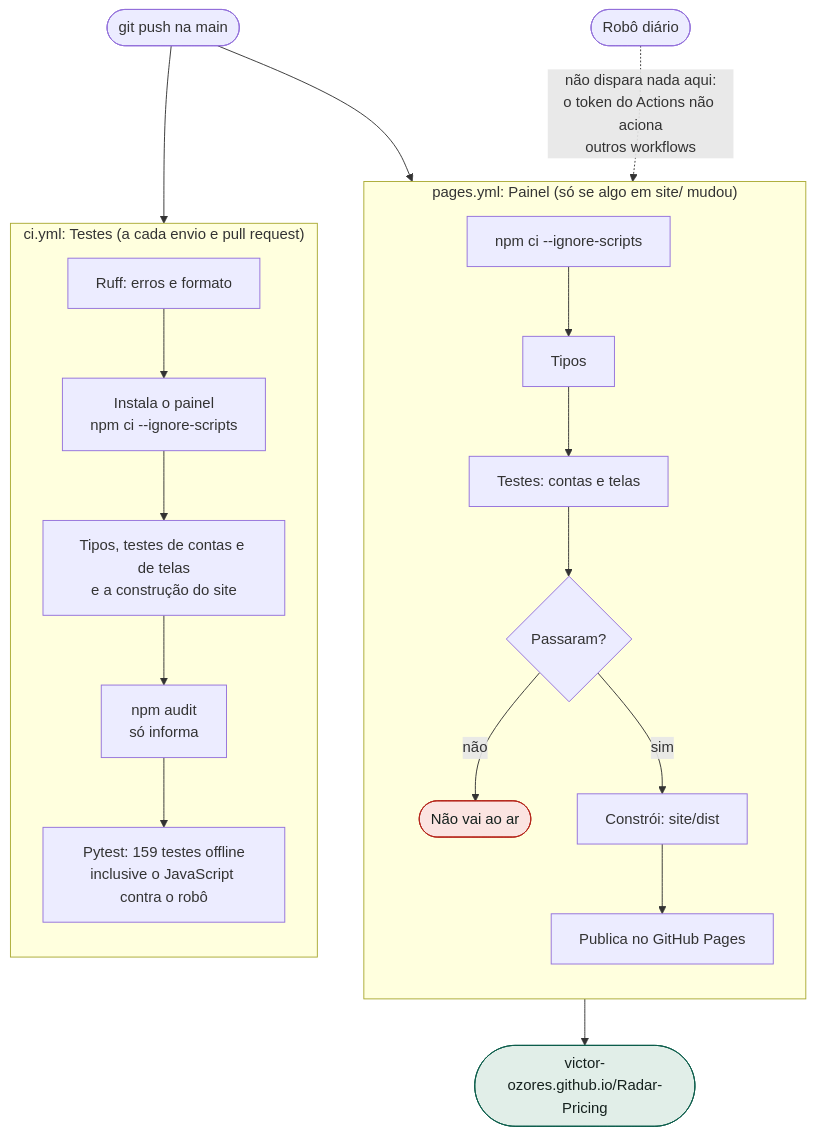
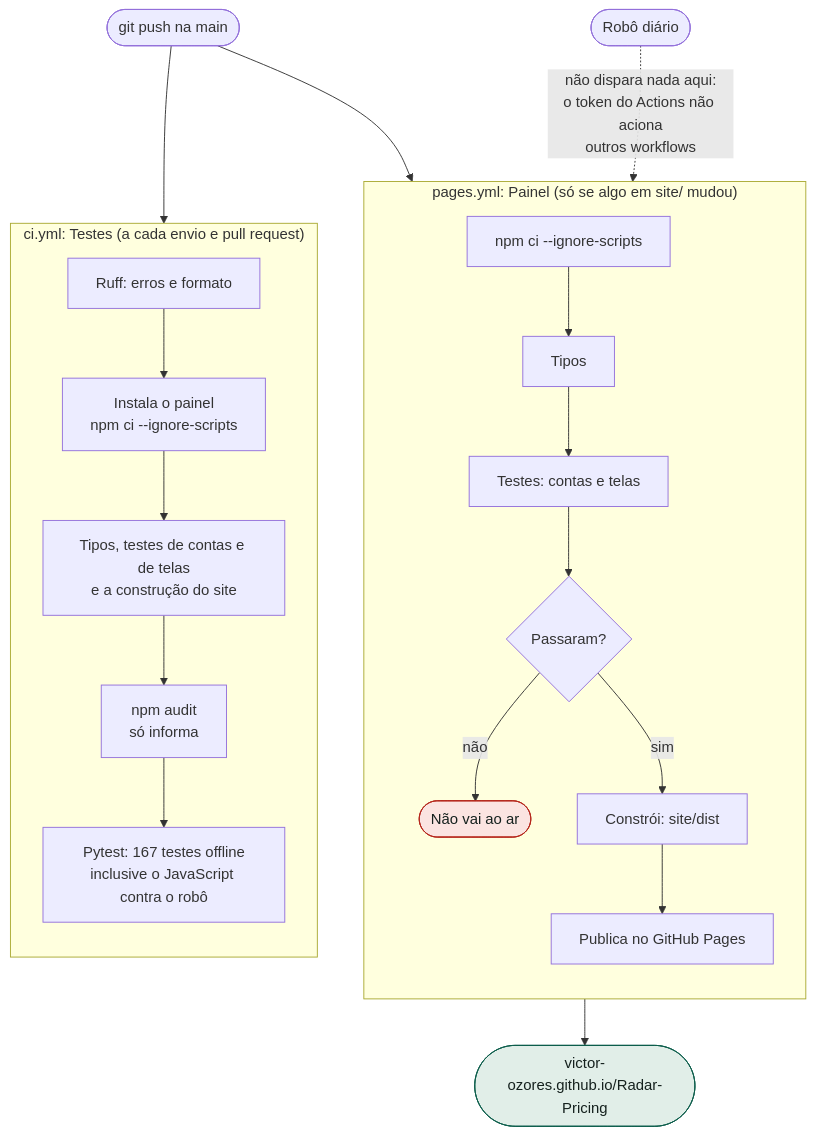
One commit to victor-ozores/Radar-Pricing changed the eighth of 8 diagrams in docs/fluxograma.md. Above: the diagram before and after it, drawn with Mermaid. The commit also changed 9 other files, not shown here.

````diff
--- a/docs/fluxograma.md
+++ b/docs/fluxograma.md
@@ -260,31 +260,31 @@
 ```mermaid
 flowchart TD
     A(["git push na main"]) --> CI
     A --> PG
 
     subgraph CI["ci.yml: Testes (a cada envio e pull request)"]
         direction TB
         C1["Ruff: erros e formato"] --> C2["Instala o painel<br/>npm ci --ignore-scripts"]
         C2 --> C3["Tipos, testes de contas e de telas<br/>e a construção do site"]
         C3 --> C4["npm audit<br/>só informa"]
-        C4 --> C5["Pytest: 159 testes offline<br/>inclusive o JavaScript contra o robô"]
+        C4 --> C5["Pytest: 167 testes offline<br/>inclusive o JavaScript contra o robô"]
     end
 
     subgraph PG["pages.yml: Painel (só se algo em site/ mudou)"]
         direction TB
         P1["npm ci --ignore-scripts"] --> P2["Tipos"]
         P2 --> P3["Testes: contas e telas"]
         P3 --> P4{"Passaram?"}
         P4 -->|"não"| PX(["Não vai ao ar"])
         P4 -->|"sim"| P5["Constrói: site/dist"]
         P5 --> P6["Publica no GitHub Pages"]
     end
 
     P6 --> SITE(["victor-ozores.github.io/Radar-Pricing"])
     ROB(["Robô diário"]) -.->|"não dispara nada aqui:<br/>o token do Actions não aciona<br/>outros workflows"| PG
 
     classDef ruim fill:#fbe4e1,stroke:#b42318,color:#15211e
     classDef fim fill:#e1eee8,stroke:#0b5d4b,color:#15211e
     class PX ruim
     class SITE fim
 ```
````
